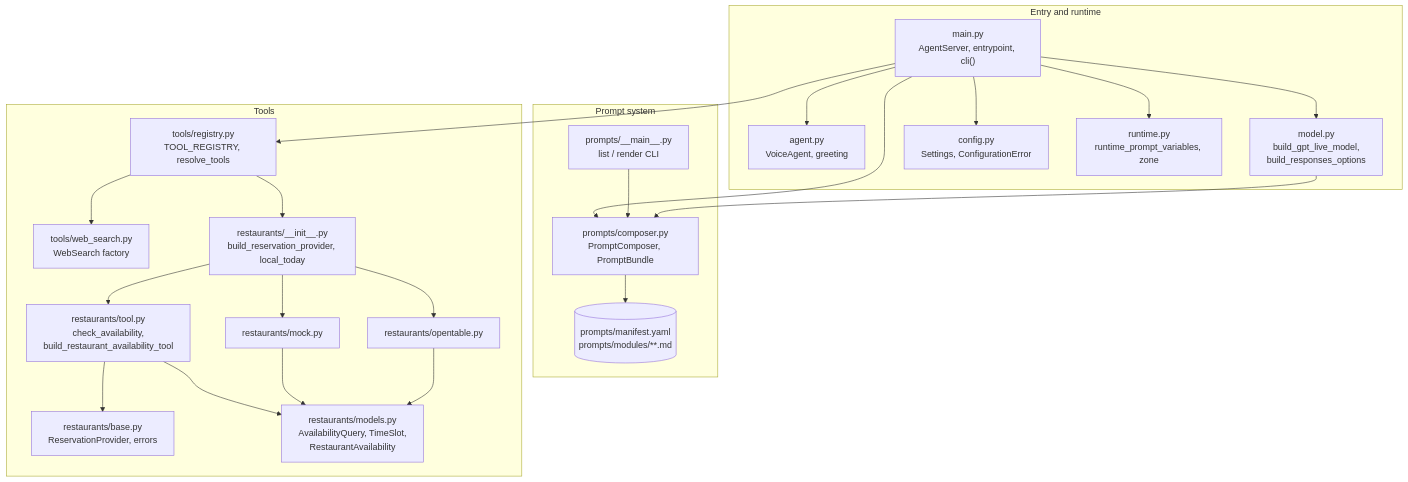
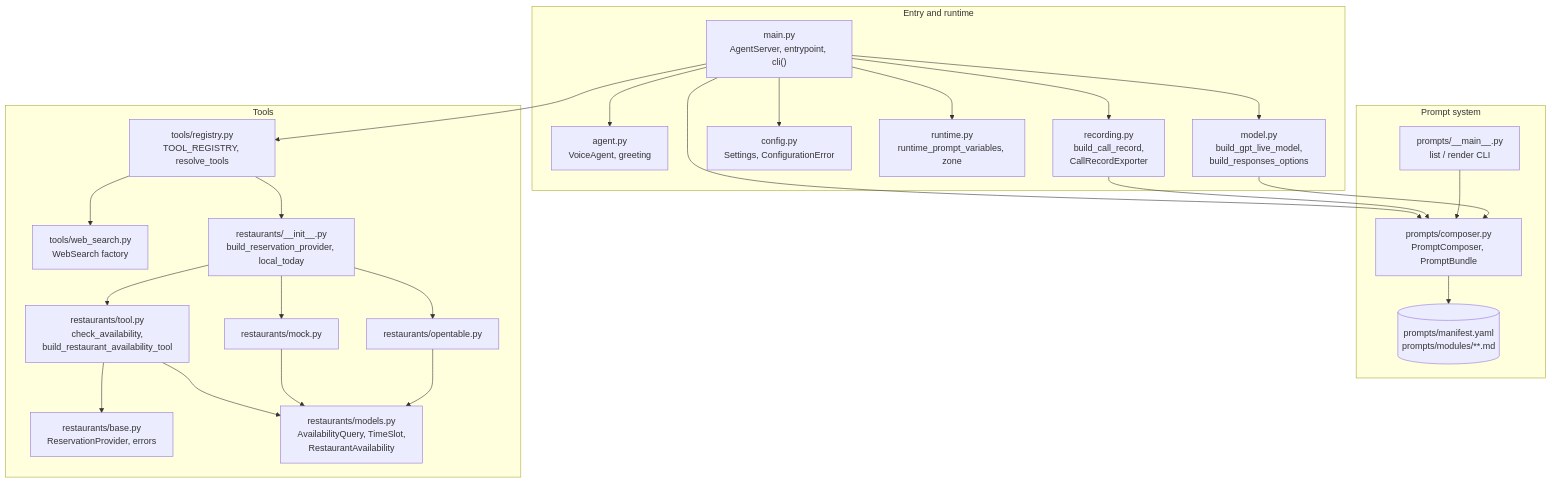
One commit to andreasbloomquist/gpt-live-demo changed the fourth of 5 diagrams in docs/architecture.md. Above: the diagram before and after it, drawn with Mermaid. The commit also changed other lines of this file and 20 other files, not shown here.

````diff
--- a/docs/architecture.md
+++ b/docs/architecture.md
@@ -431,46 +541,49 @@
 ```mermaid
 flowchart TB
     subgraph Entry["Entry and runtime"]
         main["main.py<br/>AgentServer, entrypoint, cli()"]
         agent["agent.py<br/>VoiceAgent, greeting"]
         model["model.py<br/>build_gpt_live_model,<br/>build_responses_options"]
         config["config.py<br/>Settings, ConfigurationError"]
         runtime["runtime.py<br/>runtime_prompt_variables, zone"]
+        recording["recording.py<br/>build_call_record,<br/>CallRecordExporter"]
     end
 
     subgraph Prompts["Prompt system"]
         composer["prompts/composer.py<br/>PromptComposer, PromptBundle"]
         pcli["prompts/__main__.py<br/>list / render CLI"]
         data[("prompts/manifest.yaml<br/>prompts/modules/**.md")]
     end
 
     subgraph Tools["Tools"]
         registry["tools/registry.py<br/>TOOL_REGISTRY, resolve_tools"]
         websearch["tools/web_search.py<br/>WebSearch factory"]
         rtool["restaurants/tool.py<br/>check_availability,<br/>build_restaurant_availability_tool"]
         rbase["restaurants/base.py<br/>ReservationProvider, errors"]
         rmodels["restaurants/models.py<br/>AvailabilityQuery, TimeSlot,<br/>RestaurantAvailability"]
         rmock["restaurants/mock.py"]
         rot["restaurants/opentable.py"]
         rinit["restaurants/__init__.py<br/>build_reservation_provider, local_today"]
     end
 
     main --> config
     main --> runtime
     main --> composer
     main --> registry
     main --> model
     main --> agent
+    main --> recording
+    recording --> composer
     pcli --> composer
     composer --> data
     model --> composer
     registry --> websearch
     registry --> rinit
     rinit --> rtool
     rinit --> rmock
     rinit --> rot
     rtool --> rbase
     rtool --> rmodels
     rmock --> rmodels
     rot --> rmodels
 ```
````
